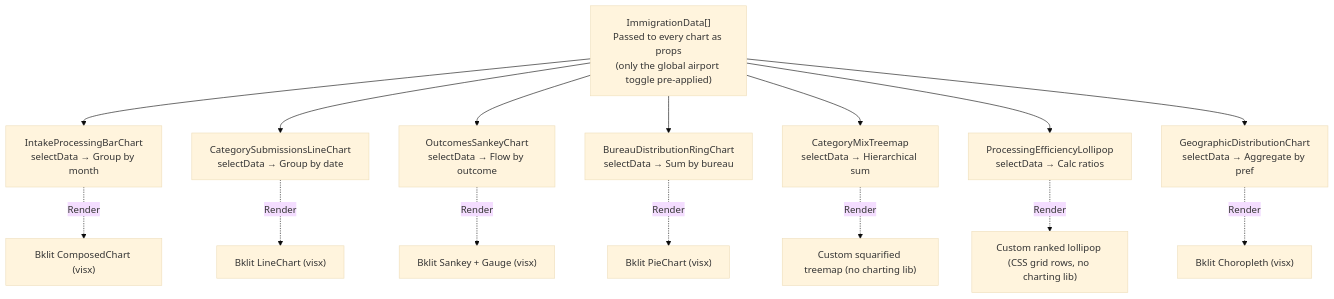
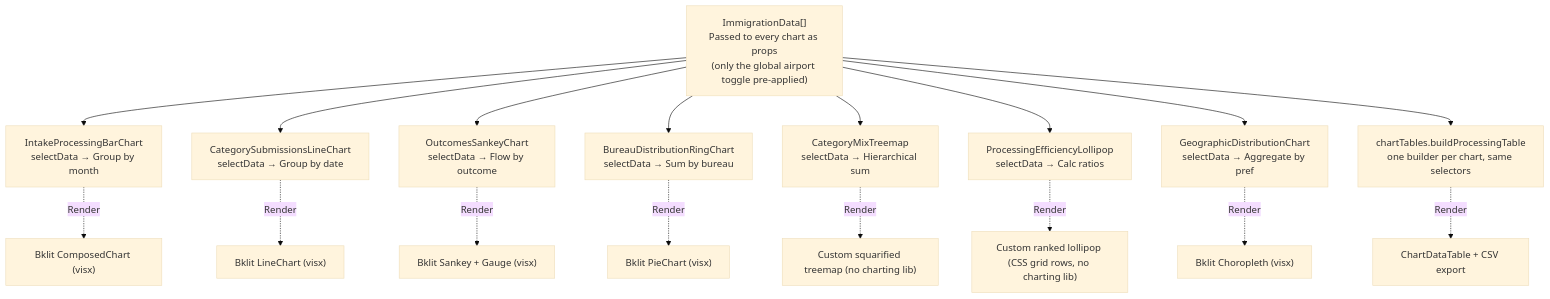
The fifth of 17 diagrams in ARCHITECTURE.md (RetroHazard/JP_Immigration_Dashboard), drawn with Mermaid (base theme) before and after one commit. The commit also changed other lines of this file and 62 other files, not shown here.

First line of the commit message:
Add per-chart data tables, policy event markers, and estimation formula breakdown (#89)

````diff
--- a/ARCHITECTURE.md
+++ b/ARCHITECTURE.md
@@ -143,27 +153,30 @@
 ```mermaid
 graph TD
     RAW["ImmigrationData[]<br/>Passed to every chart as props<br/>(only the global airport toggle pre-applied)"]
     INTAKE["IntakeProcessingBarChart<br/>selectData → Group by month"]
     TYPES["CategorySubmissionsLineChart<br/>selectData → Group by date"]
     OUTCOMES["OutcomesSankeyChart<br/>selectData → Flow by outcome"]
     SHARE["BureauDistributionRingChart<br/>selectData → Sum by bureau"]
     MIX["CategoryMixTreemap<br/>selectData → Hierarchical sum"]
     EFFICIENCY["ProcessingEfficiencyLollipop<br/>selectData → Calc ratios"]
     MAP["GeographicDistributionChart<br/>selectData → Aggregate by pref"]
     
     RAW --> INTAKE
     RAW --> TYPES
     RAW --> OUTCOMES
     RAW --> SHARE
     RAW --> MIX
     RAW --> EFFICIENCY
     RAW --> MAP
     
     INTAKE -.->|Render| VIZ1["Bklit ComposedChart (visx)"]
     TYPES -.->|Render| VIZ2["Bklit LineChart (visx)"]
     OUTCOMES -.->|Render| VIZ3["Bklit Sankey + Gauge (visx)"]
     SHARE -.->|Render| VIZ4["Bklit PieChart (visx)"]
     MIX -.->|Render| VIZ5["Custom squarified treemap (no charting lib)"]
     EFFICIENCY -.->|Render| VIZ6["Custom ranked lollipop (CSS grid rows, no charting lib)"]
     MAP -.->|Render| VIZ7["Bklit Choropleth (visx)"]
+    
+    RAW --> TABLES["chartTables.buildProcessingTable<br/>one builder per chart, same selectors"]
+    TABLES -.->|Render| VIZ8["ChartDataTable + CSV export"]
 ```
````
